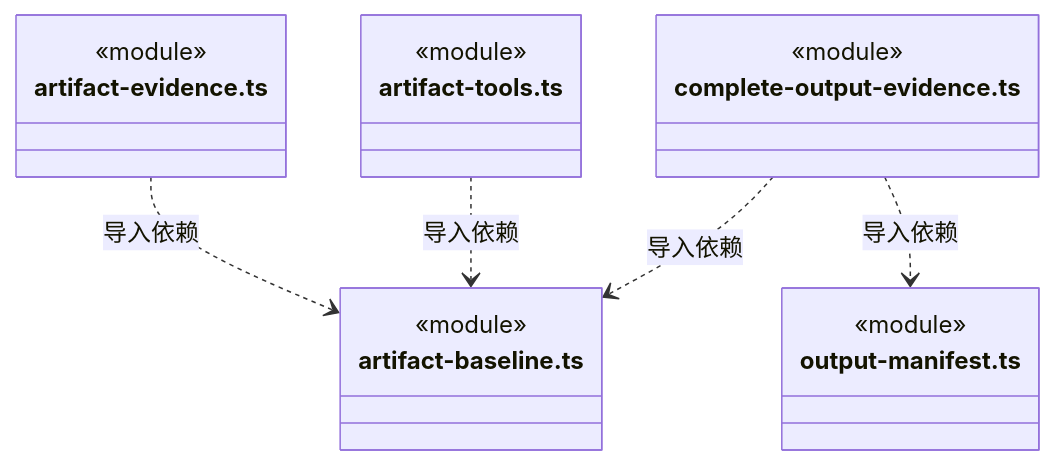
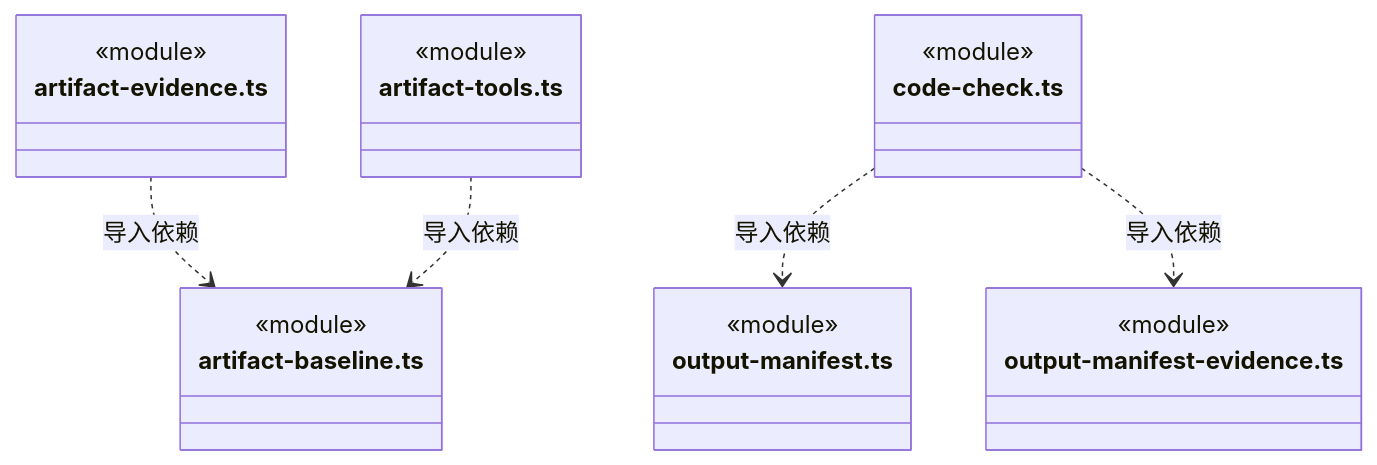
Diagram 34 of 46 in src/backend/core/evidence/ARCHITECTURE.md (nan023062/cbim), drawn with Mermaid before and after one commit. The commit also changed other lines of this file and 130 other files, not shown here.

````diff
--- a/src/backend/core/evidence/ARCHITECTURE.md
+++ b/src/backend/core/evidence/ARCHITECTURE.md
@@ -633,22 +712,25 @@
 ```mermaid
 classDiagram
 class N_src_backend_core_evidence_artifact_evidence_ts["artifact-evidence.ts"] {
   <<module>>
 }
 class N_src_backend_core_evidence_artifact_baseline_ts["artifact-baseline.ts"] {
   <<module>>
 }
 class N_src_backend_core_evidence_artifact_tools_ts["artifact-tools.ts"] {
   <<module>>
 }
-class N_src_backend_core_evidence_complete_output_evidence_ts["complete-output-evidence.ts"] {
+class N_src_backend_core_evidence_code_check_ts["code-check.ts"] {
   <<module>>
 }
 class N_src_backend_core_evidence_output_manifest_ts["output-manifest.ts"] {
   <<module>>
 }
+class N_src_backend_core_evidence_output_manifest_evidence_ts["output-manifest-evidence.ts"] {
+  <<module>>
+}
 N_src_backend_core_evidence_artifact_evidence_ts ..> N_src_backend_core_evidence_artifact_baseline_ts : 导入依赖
 N_src_backend_core_evidence_artifact_tools_ts ..> N_src_backend_core_evidence_artifact_baseline_ts : 导入依赖
-N_src_backend_core_evidence_complete_output_evidence_ts ..> N_src_backend_core_evidence_artifact_baseline_ts : 导入依赖
-N_src_backend_core_evidence_complete_output_evidence_ts ..> N_src_backend_core_evidence_output_manifest_ts : 导入依赖
+N_src_backend_core_evidence_code_check_ts ..> N_src_backend_core_evidence_output_manifest_ts : 导入依赖
+N_src_backend_core_evidence_code_check_ts ..> N_src_backend_core_evidence_output_manifest_evidence_ts : 导入依赖
 ```
````
